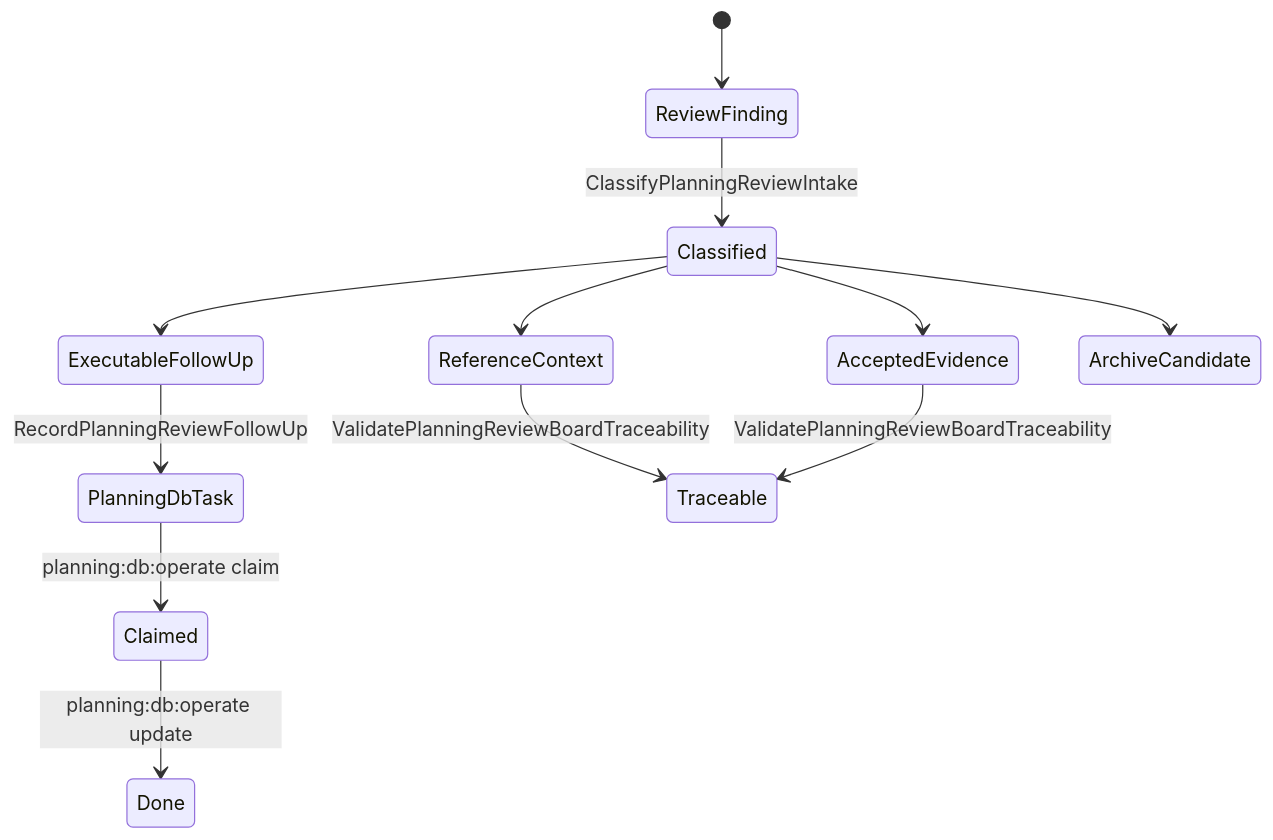
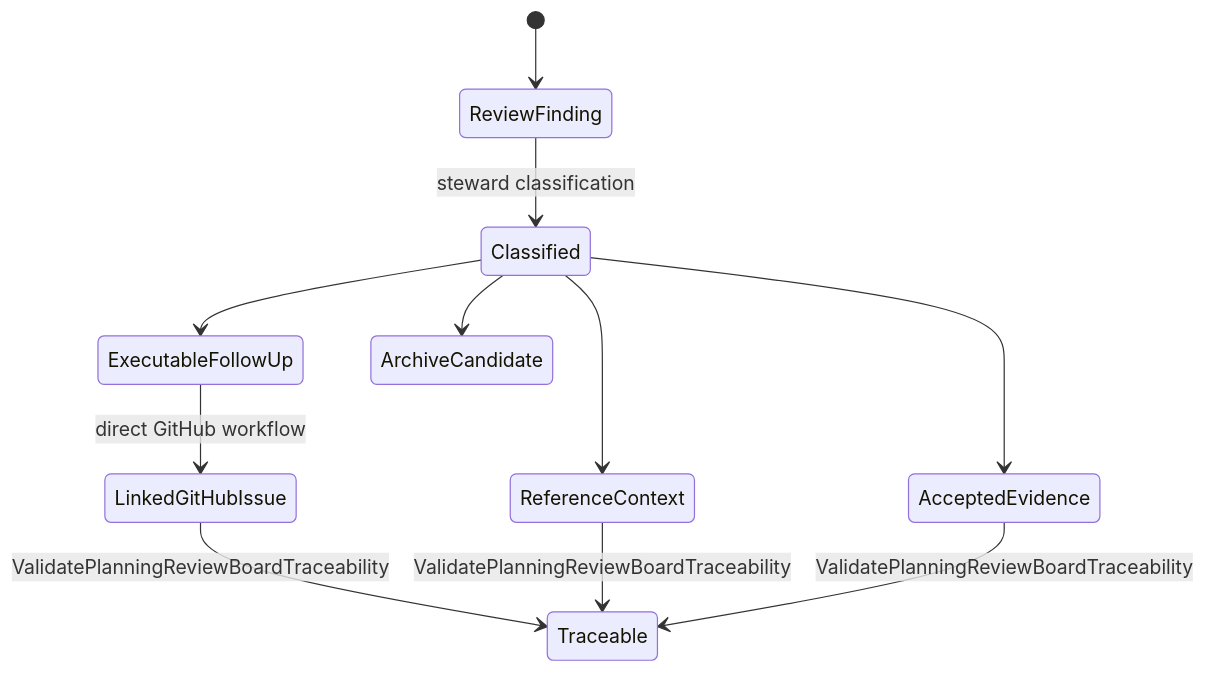
The first of 3 diagrams in docs/architecture/components/ci-governance/planning-review-canon-component.md (dunay2/dvt), drawn with Mermaid before and after one commit. The commit also changed other lines of this file and 9 other files, not shown here.

Commit message:
refactor(ci): Align review intake with GitHub task authority

````diff
--- a/docs/architecture/components/ci-governance/planning-review-canon-component.md
+++ b/docs/architecture/components/ci-governance/planning-review-canon-component.md
@@ -38,14 +32,13 @@
 ```mermaid
 stateDiagram-v2
   [*] --> ReviewFinding
-  ReviewFinding --> Classified: ClassifyPlanningReviewIntake
+  ReviewFinding --> Classified: steward classification
   Classified --> ReferenceContext
   Classified --> AcceptedEvidence
   Classified --> ExecutableFollowUp
   Classified --> ArchiveCandidate
-  ExecutableFollowUp --> PlanningDbTask: RecordPlanningReviewFollowUp
-  PlanningDbTask --> Claimed: planning:db:operate claim
-  Claimed --> Done: planning:db:operate update
+  ExecutableFollowUp --> LinkedGitHubIssue: direct GitHub workflow
+  LinkedGitHubIssue --> Traceable: ValidatePlanningReviewBoardTraceability
   ReferenceContext --> Traceable: ValidatePlanningReviewBoardTraceability
   AcceptedEvidence --> Traceable: ValidatePlanningReviewBoardTraceability
 ```
````
